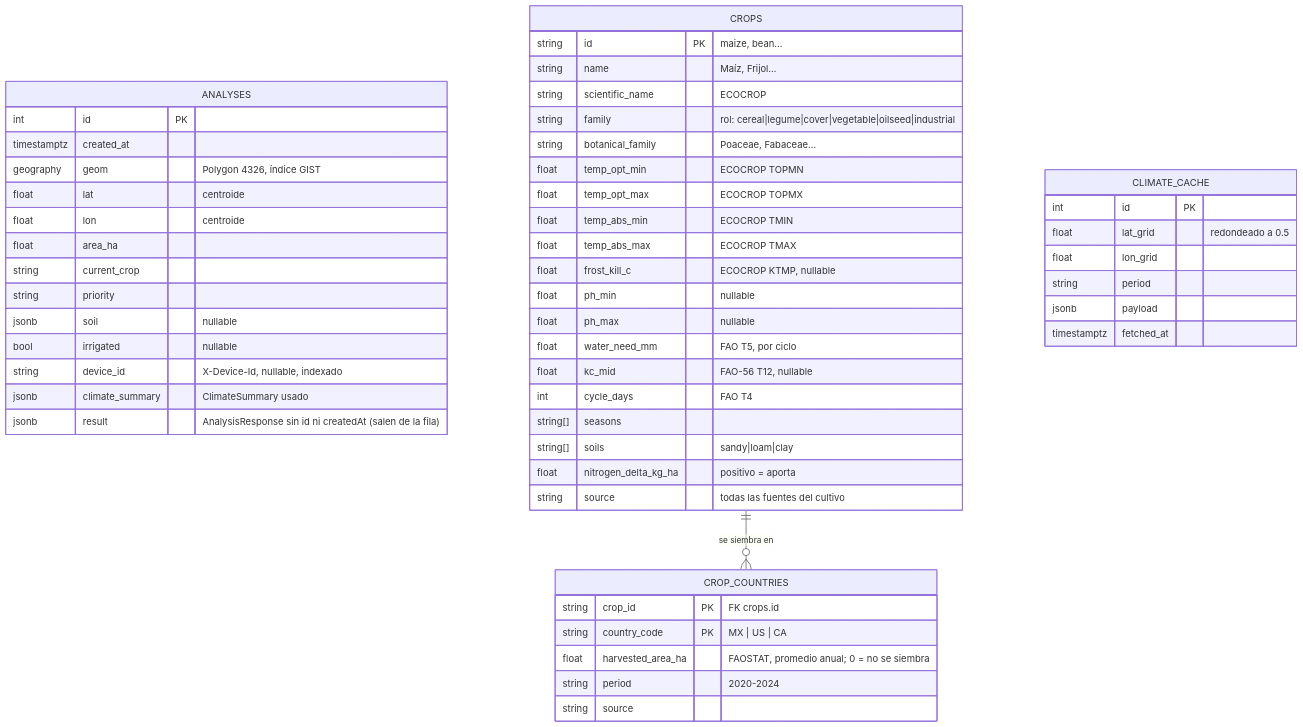
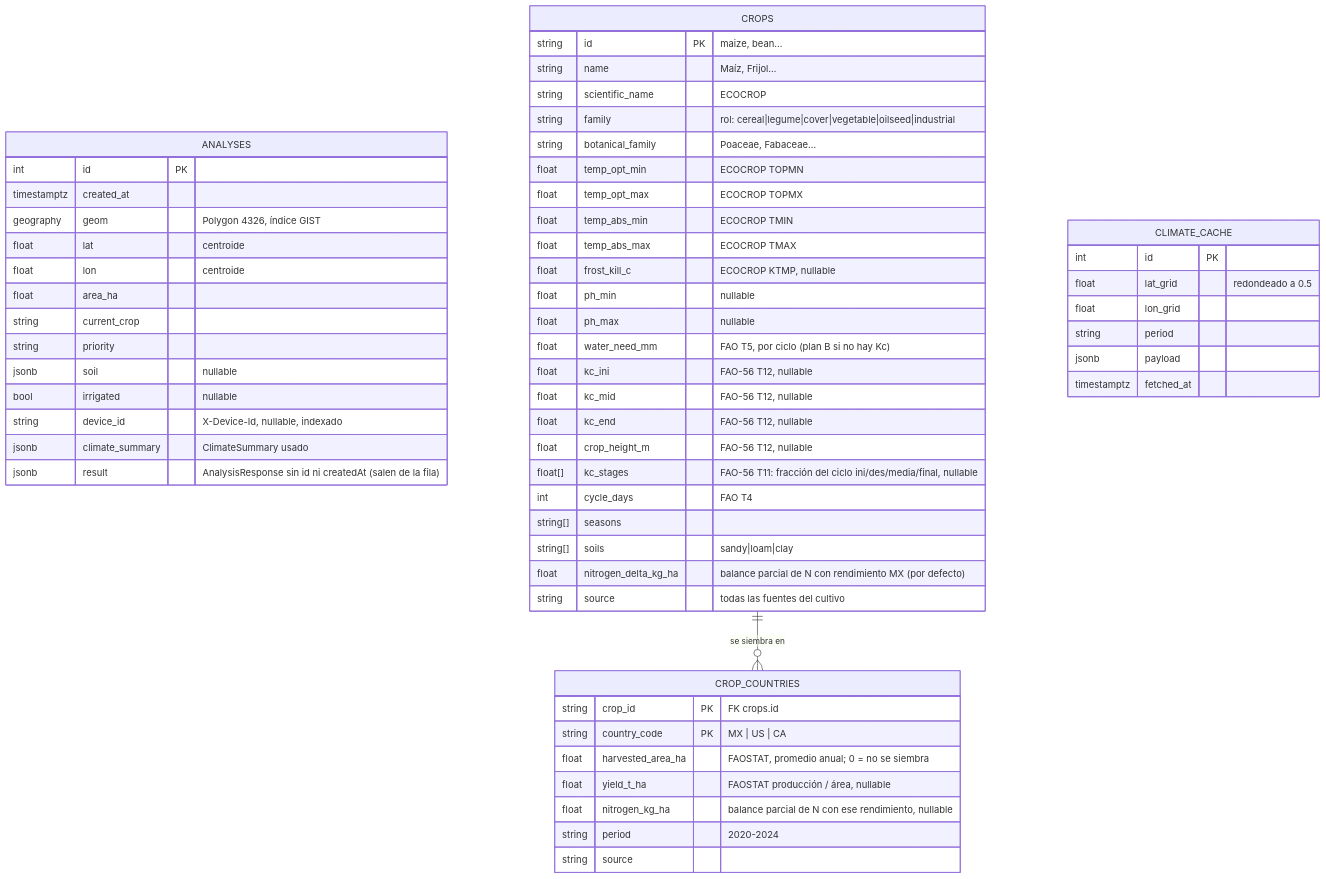
The third of 3 diagrams in docs/ARQUITECTURA.md (Maurongas/AgroBytes), drawn with Mermaid before and after one commit. The commit also changed other lines of this file and 94 other files, not shown here.

First line of the commit message:
feat: validación científica del motor (Kc FAO-56, nitrógeno por país) y presentación renovada

````diff
--- a/docs/ARQUITECTURA.md
+++ b/docs/ARQUITECTURA.md
@@ -361,55 +369,61 @@
 ```mermaid
 erDiagram
     ANALYSES {
         int id PK
         timestamptz created_at
         geography geom "Polygon 4326, índice GIST"
         float lat "centroide"
         float lon "centroide"
         float area_ha
         string current_crop
         string priority
         jsonb soil "nullable"
         bool irrigated "nullable"
         string device_id "X-Device-Id, nullable, indexado"
         jsonb climate_summary "ClimateSummary usado"
         jsonb result "AnalysisResponse sin id ni createdAt (salen de la fila)"
     }
     CROPS {
         string id PK "maize, bean…"
         string name "Maíz, Frijol…"
         string scientific_name "ECOCROP"
         string family "rol: cereal|legume|cover|vegetable|oilseed|industrial"
         string botanical_family "Poaceae, Fabaceae…"
         float temp_opt_min "ECOCROP TOPMN"
         float temp_opt_max "ECOCROP TOPMX"
         float temp_abs_min "ECOCROP TMIN"
         float temp_abs_max "ECOCROP TMAX"
         float frost_kill_c "ECOCROP KTMP, nullable"
         float ph_min "nullable"
         float ph_max "nullable"
-        float water_need_mm "FAO T5, por ciclo"
+        float water_need_mm "FAO T5, por ciclo (plan B si no hay Kc)"
+        float kc_ini "FAO-56 T12, nullable"
         float kc_mid "FAO-56 T12, nullable"
+        float kc_end "FAO-56 T12, nullable"
+        float crop_height_m "FAO-56 T12, nullable"
+        float[] kc_stages "FAO-56 T11: fracción del ciclo ini/des/media/final, nullable"
         int cycle_days "FAO T4"
         string[] seasons
         string[] soils "sandy|loam|clay"
-        float nitrogen_delta_kg_ha "positivo = aporta"
+        float nitrogen_delta_kg_ha "balance parcial de N con rendimiento MX (por defecto)"
         string source "todas las fuentes del cultivo"
     }
     CROP_COUNTRIES {
         string crop_id PK "FK crops.id"
         string country_code PK "MX | US | CA"
         float harvested_area_ha "FAOSTAT, promedio anual; 0 = no se siembra"
+        float yield_t_ha "FAOSTAT producción / área, nullable"
+        float nitrogen_kg_ha "balance parcial de N con ese rendimiento, nullable"
         string period "2020-2024"
         string source
     }
     CROPS ||--o{ CROP_COUNTRIES : "se siembra en"
     CLIMATE_CACHE {
         int id PK
         float lat_grid "redondeado a 0.5"
         float lon_grid
         string period
         jsonb payload
         timestamptz fetched_at
     }
 ```
````
